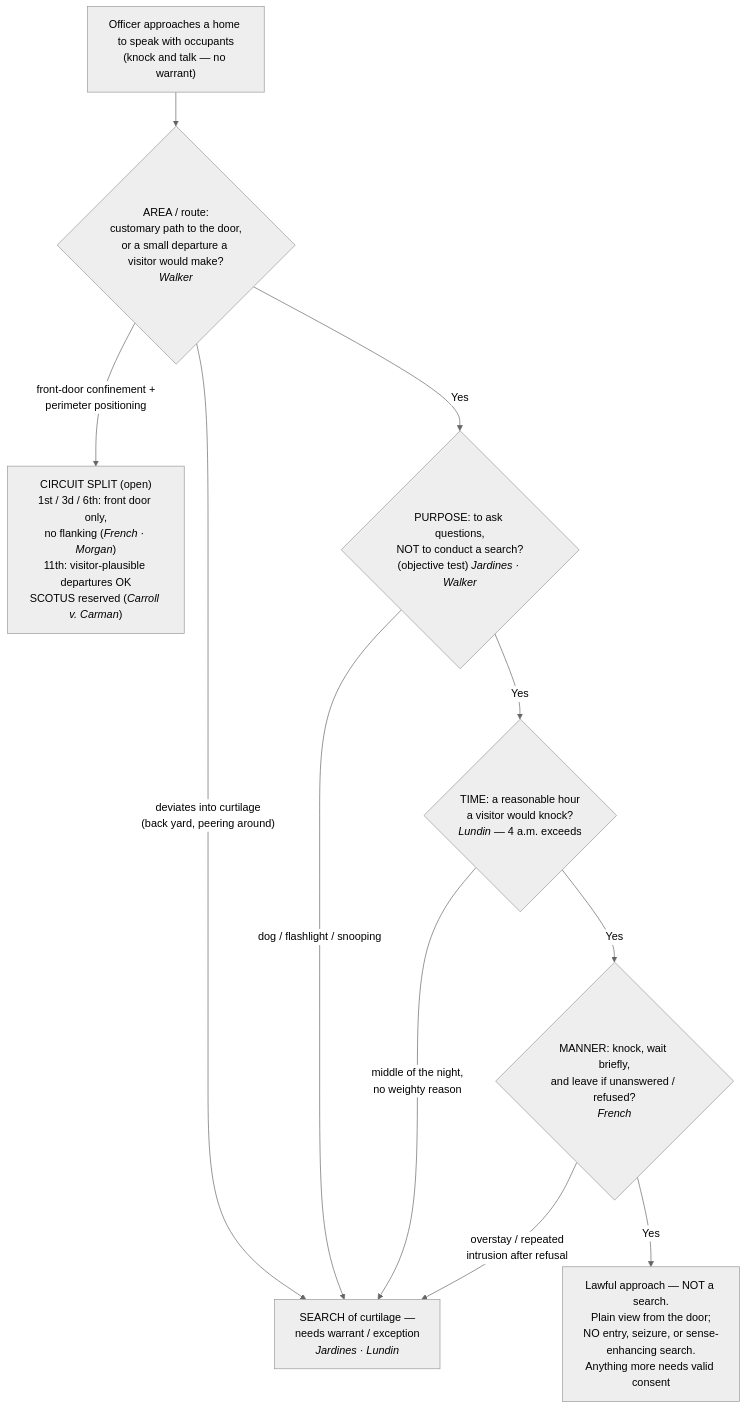
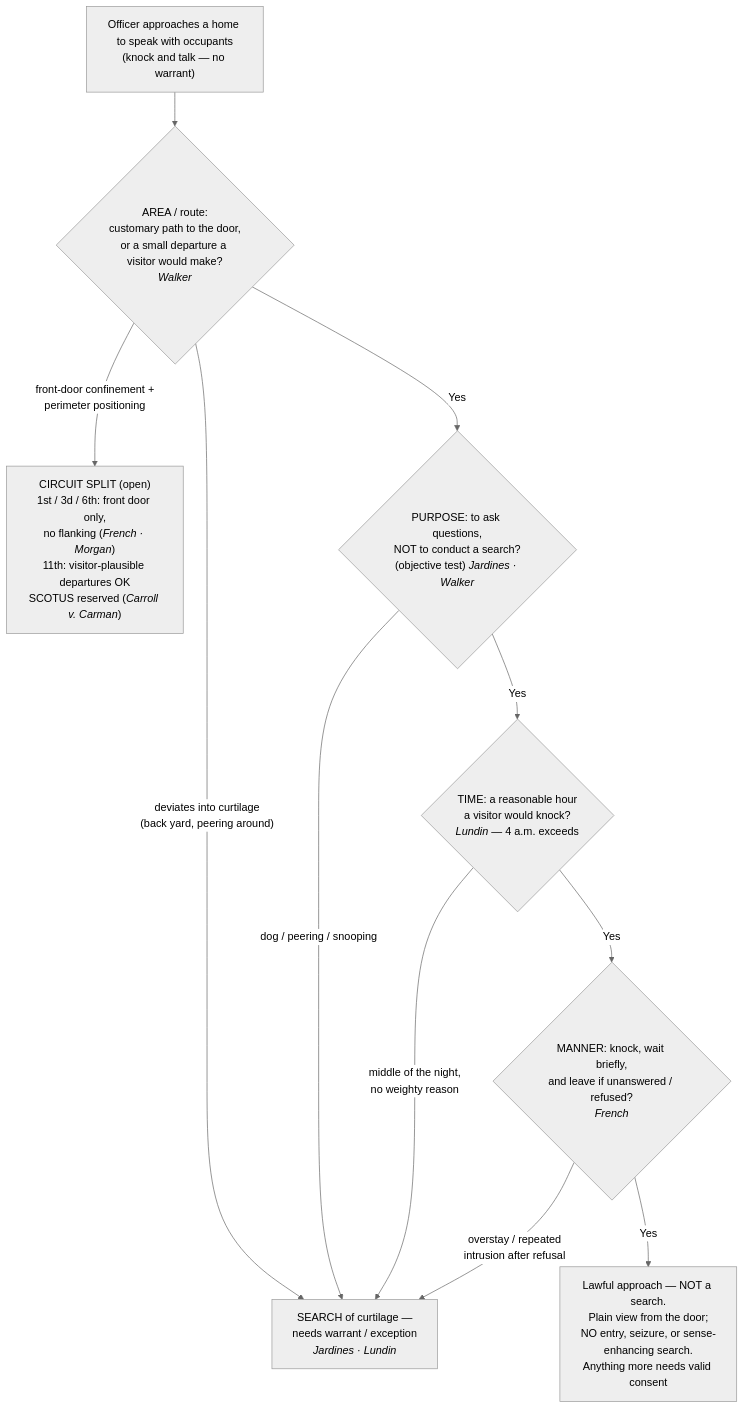
Before and after one commit to Enragedsaturday/enragedsaturday.github.io: the diagram in content/7-exceptions-warrant/7b-pc-not-needed/Knock and Talk.md, drawn with Mermaid (neutral theme). The commit also changed other lines of this file, not shown here.

First line of the commit message:
mockup(S7): flashlight pitfall corrected — illumination is not a search (Brown ^pin-739; Dunn); peering-through-coverings is the violation (French facts)

````diff
--- a/content/7-exceptions-warrant/7b-pc-not-needed/Knock and Talk.md
+++ b/content/7-exceptions-warrant/7b-pc-not-needed/Knock and Talk.md
@@ -88,13 +88,13 @@
 ```mermaid
 flowchart TD
   A["Officer approaches a home to speak with occupants<br/>(knock and talk — no warrant)"] --> AREA{"AREA / route:<br/>customary path to the door,<br/>or a small departure a visitor would make?<br/><i>Walker</i>"}
   AREA -->|"deviates into curtilage<br/>(back yard, peering around)"| SRCH["SEARCH of curtilage —<br/>needs warrant / exception<br/><i>Jardines · Lundin</i>"]
   AREA -->|"front-door confinement +<br/>perimeter positioning"| SPLIT["CIRCUIT SPLIT (open)<br/>1st / 3d / 6th: front door only,<br/>no flanking (<i>French · Morgan</i>)<br/>11th: visitor-plausible departures OK<br/>SCOTUS reserved (<i>Carroll v. Carman</i>)"]
   AREA -->|Yes| PURP{"PURPOSE: to ask questions,<br/>NOT to conduct a search?<br/>(objective test) <i>Jardines · Walker</i>"}
-  PURP -->|"dog / flashlight / snooping"| SRCH
+  PURP -->|"dog / peering / snooping"| SRCH
   PURP -->|Yes| TIME{"TIME: a reasonable hour<br/>a visitor would knock?<br/><i>Lundin</i> — 4 a.m. exceeds"}
   TIME -->|"middle of the night,<br/>no weighty reason"| SRCH
   TIME -->|Yes| MAN{"MANNER: knock, wait briefly,<br/>and leave if unanswered / refused?<br/><i>French</i>"}
   MAN -->|"overstay / repeated<br/>intrusion after refusal"| SRCH
   MAN -->|Yes| OK["Lawful approach — NOT a search.<br/>Plain view from the door;<br/>NO entry, seizure, or sense-enhancing search.<br/>Anything more needs valid consent"]
 ```
````
